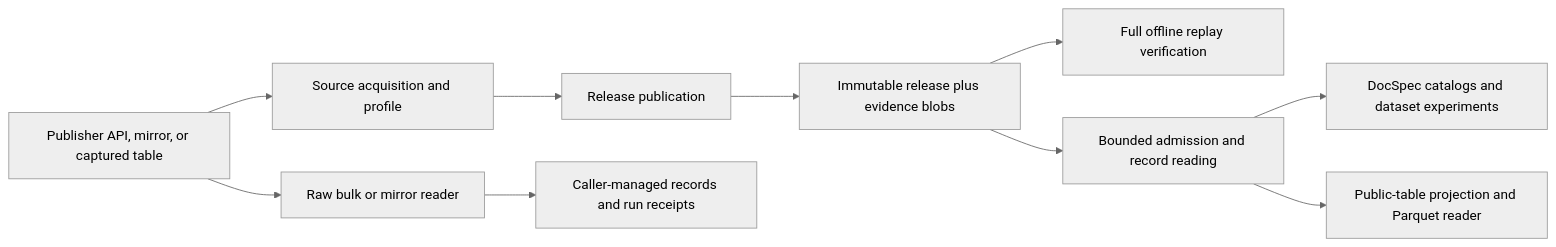
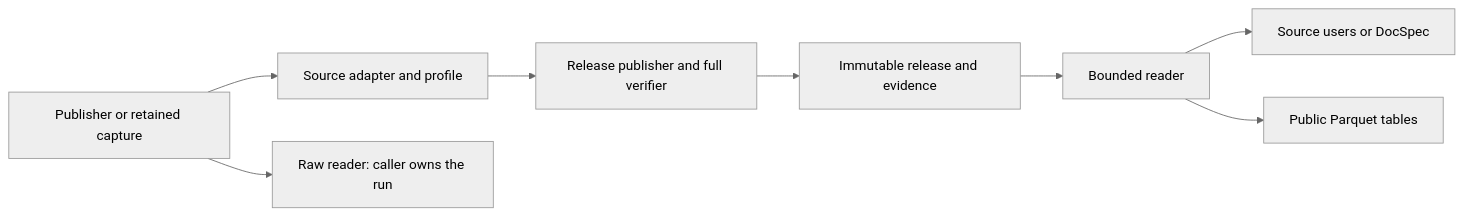
One commit to civictechdc/spicy-docs changed the diagram in docs/architecture.md. Above: the diagram before and after it, drawn with Mermaid (neutral theme). The commit also changed other lines of this file and 57 other files, not shown here.

````diff
--- a/docs/architecture.md
+++ b/docs/architecture.md
@@ -7,12 +7,10 @@
 ```mermaid
 flowchart LR
-  A[Publisher API, mirror, or captured table] --> B[Source acquisition and profile]
-  B --> C[Release publication]
-  C --> D[Immutable release plus evidence blobs]
-  D --> E[Full offline replay verification]
-  D --> F[Bounded admission and record reading]
-  F --> G[DocSpec catalogs and dataset experiments]
-  F --> H[Public-table projection and Parquet reader]
-  A --> I[Raw bulk or mirror reader]
-  I --> J[Caller-managed records and run receipts]
+  A[Publisher or retained capture] --> B[Source adapter and profile]
+  B --> C[Release publisher and full verifier]
+  C --> D[Immutable release and evidence]
+  D --> E[Bounded reader]
+  E --> F[Source users or DocSpec]
+  E --> G[Public Parquet tables]
+  A --> H[Raw reader: caller owns the run]
 ```
````
